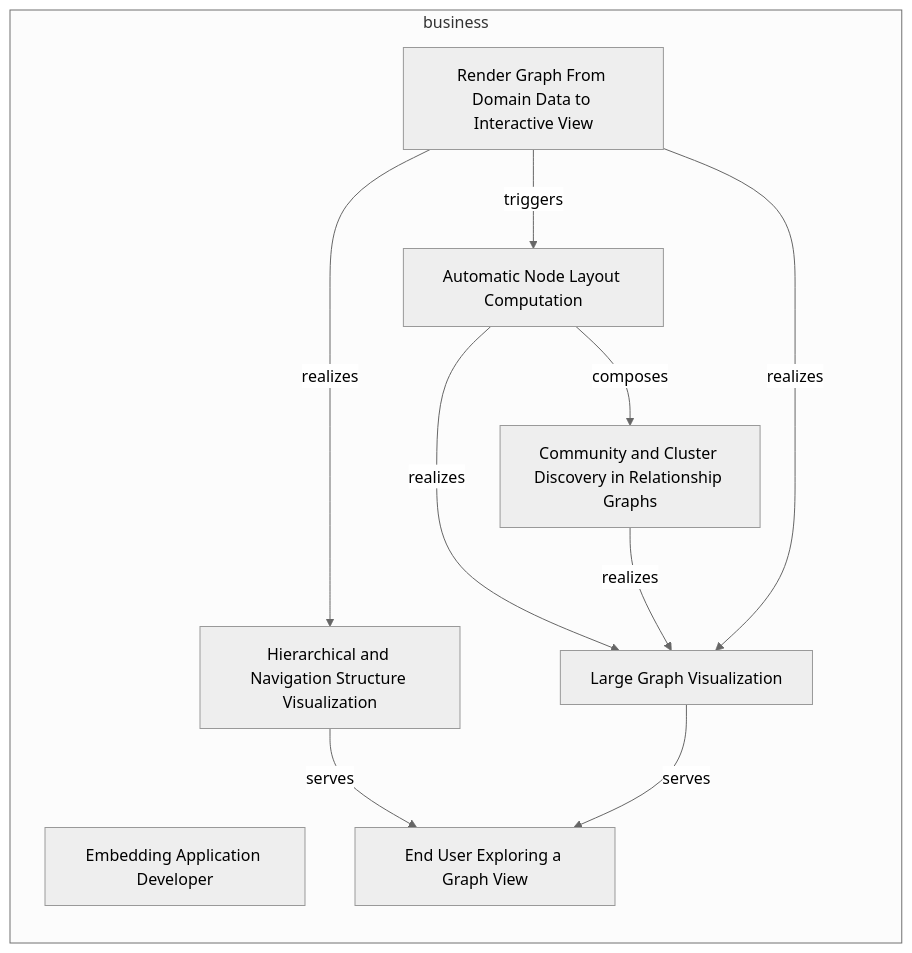
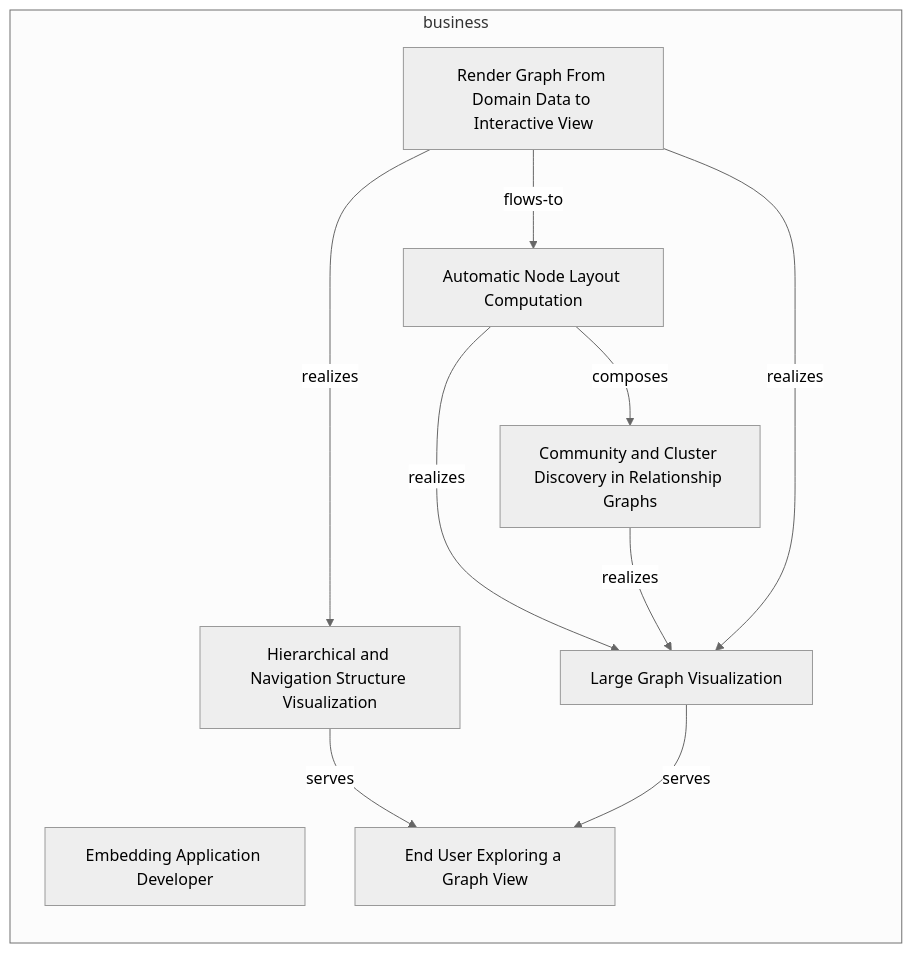
The first of 2 diagrams in documentation-robotics/reports/02-business-layer-report.md (tinkermonkey/heimdall), drawn with Mermaid (neutral theme) before and after one commit. The commit also changed other lines of this file and 50 other files, not shown here.

````diff
--- a/documentation-robotics/reports/02-business-layer-report.md
+++ b/documentation-robotics/reports/02-business-layer-report.md
@@ -32,20 +32,20 @@
 ```mermaid
 flowchart LR
   subgraph business
     business_businessactor_embedding_application_developer["Embedding Application Developer"]
     business_businessactor_end_user_exploring_a_graph_view["End User Exploring a Graph View"]
     business_businessfunction_automatic_node_layout_computation["Automatic Node Layout Computation"]
     business_businessfunction_community_and_cluster_discovery_in_relationship_graphs["Community and Cluster Discovery in Relationship Graphs"]
     business_businessprocess_render_graph_from_domain_data_to_interactive_view["Render Graph From Domain Data to Interactive View"]
     business_businessservice_hierarchical_and_navigation_structure_visualization["Hierarchical and Navigation Structure Visualization"]
     business_businessservice_large_graph_visualization["Large Graph Visualization"]
     business_businessfunction_automatic_node_layout_computation -->|composes| business_businessfunction_community_and_cluster_discovery_in_relationship_graphs
     business_businessfunction_automatic_node_layout_computation -->|realizes| business_businessservice_large_graph_visualization
     business_businessfunction_community_and_cluster_discovery_in_relationship_graphs -->|realizes| business_businessservice_large_graph_visualization
+    business_businessprocess_render_graph_from_domain_data_to_interactive_view -->|flows-to| business_businessfunction_automatic_node_layout_computation
     business_businessprocess_render_graph_from_domain_data_to_interactive_view -->|realizes| business_businessservice_hierarchical_and_navigation_structure_visualization
     business_businessprocess_render_graph_from_domain_data_to_interactive_view -->|realizes| business_businessservice_large_graph_visualization
-    business_businessprocess_render_graph_from_domain_data_to_interactive_view -->|triggers| business_businessfunction_automatic_node_layout_computation
     business_businessservice_hierarchical_and_navigation_structure_visualization -->|serves| business_businessactor_end_user_exploring_a_graph_view
     business_businessservice_large_graph_visualization -->|serves| business_businessactor_end_user_exploring_a_graph_view
   end
 ```
````
